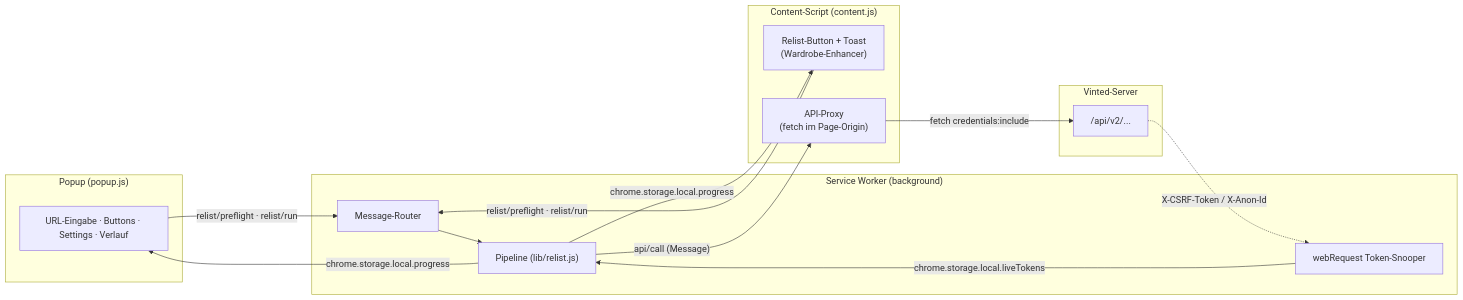
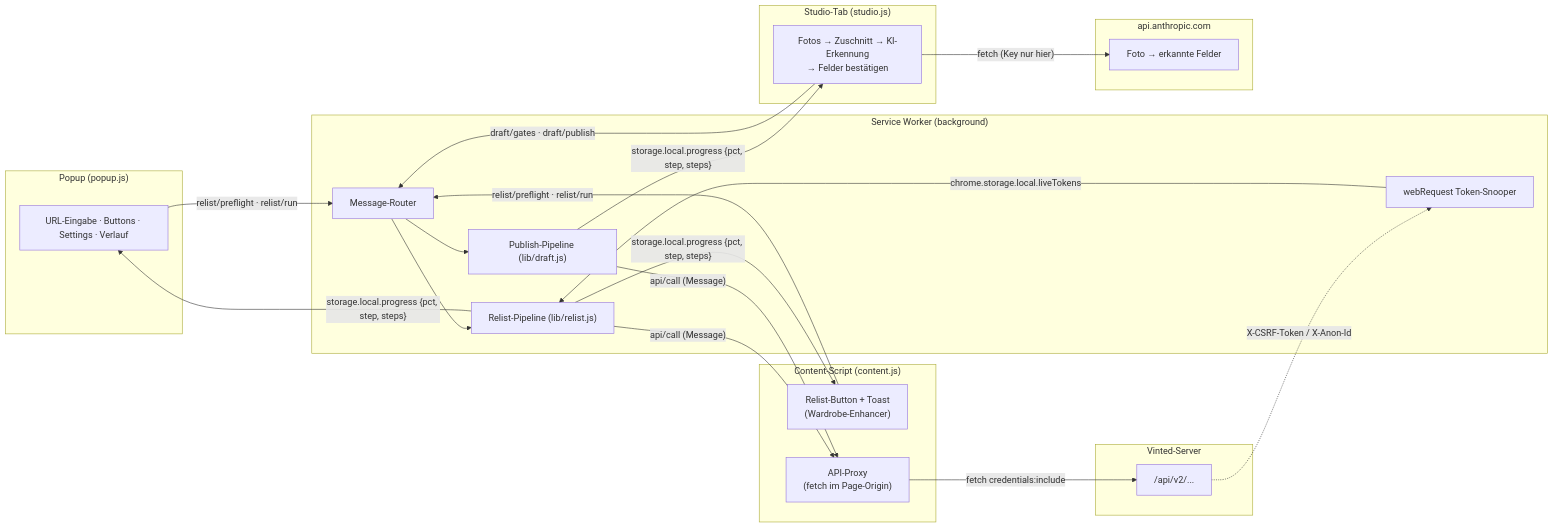
One commit to asteeg79/vinted-relist changed the first of 4 diagrams in docs/ABLAUFDIAGRAMM.md. Above: the diagram before and after it, drawn with Mermaid. The commit also changed other lines of this file and 29 other files, not shown here.

````diff
--- a/docs/ABLAUFDIAGRAMM.md
+++ b/docs/ABLAUFDIAGRAMM.md
@@ -13,28 +13,40 @@
 ```mermaid
 flowchart LR
     subgraph Popup["Popup (popup.js)"]
         UI[URL-Eingabe · Buttons · Settings · Verlauf]
+    end
+    subgraph Studio["Studio-Tab (studio.js)"]
+        PREP["Fotos → Zuschnitt → KI-Erkennung<br/>→ Felder bestätigen"]
     end
     subgraph Content["Content-Script (content.js)"]
         BTN["Relist-Button + Toast<br/>(Wardrobe-Enhancer)"]
         PROXY["API-Proxy<br/>(fetch im Page-Origin)"]
     end
     subgraph SW["Service Worker (background)"]
         ROUTER[Message-Router]
         SNOOP[webRequest Token-Snooper]
-        PIPE["Pipeline (lib/relist.js)"]
+        PIPE["Relist-Pipeline (lib/relist.js)"]
+        DPIPE["Publish-Pipeline (lib/draft.js)"]
     end
     subgraph Vinted["Vinted-Server"]
         API["/api/v2/..."]
     end
+    subgraph Anthropic["api.anthropic.com"]
+        AI["Foto → erkannte Felder"]
+    end
 
     UI -- "relist/preflight · relist/run" --> ROUTER
     BTN -- "relist/preflight · relist/run" --> ROUTER
+    PREP -- "draft/gates · draft/publish" --> ROUTER
+    PREP -- "fetch (Key nur hier)" --> AI
     ROUTER --> PIPE
+    ROUTER --> DPIPE
     PIPE -- "api/call (Message)" --> PROXY
+    DPIPE -- "api/call (Message)" --> PROXY
     PROXY -- "fetch credentials:include" --> API
     API -. "X-CSRF-Token / X-Anon-Id" .-> SNOOP
     SNOOP -- "chrome.storage.local.liveTokens" --> PIPE
-    PIPE -- "chrome.storage.local.progress" --> UI
-    PIPE -- "chrome.storage.local.progress" --> BTN
+    PIPE -- "storage.local.progress {pct, step, steps}" --> UI
+    PIPE -- "storage.local.progress {pct, step, steps}" --> BTN
+    DPIPE -- "storage.local.progress {pct, step, steps}" --> PREP
 ```
````
